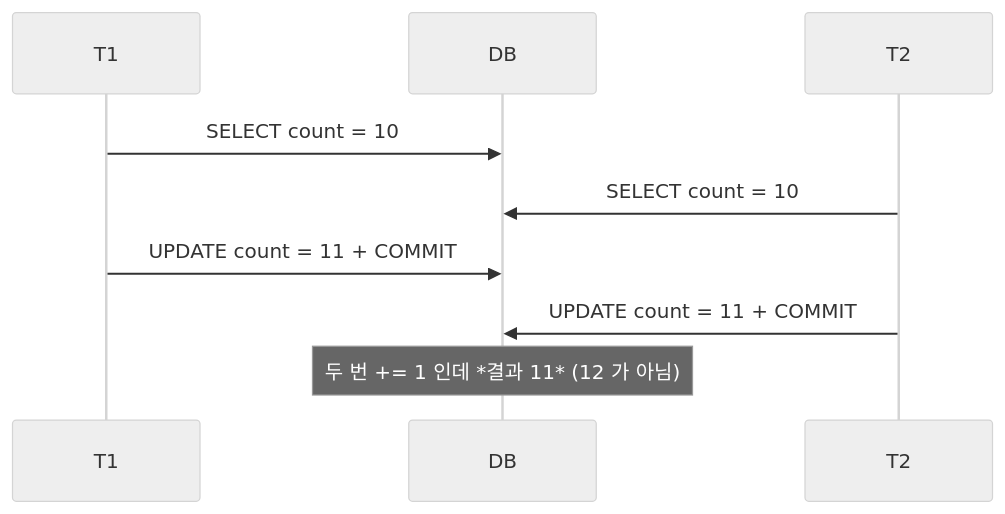
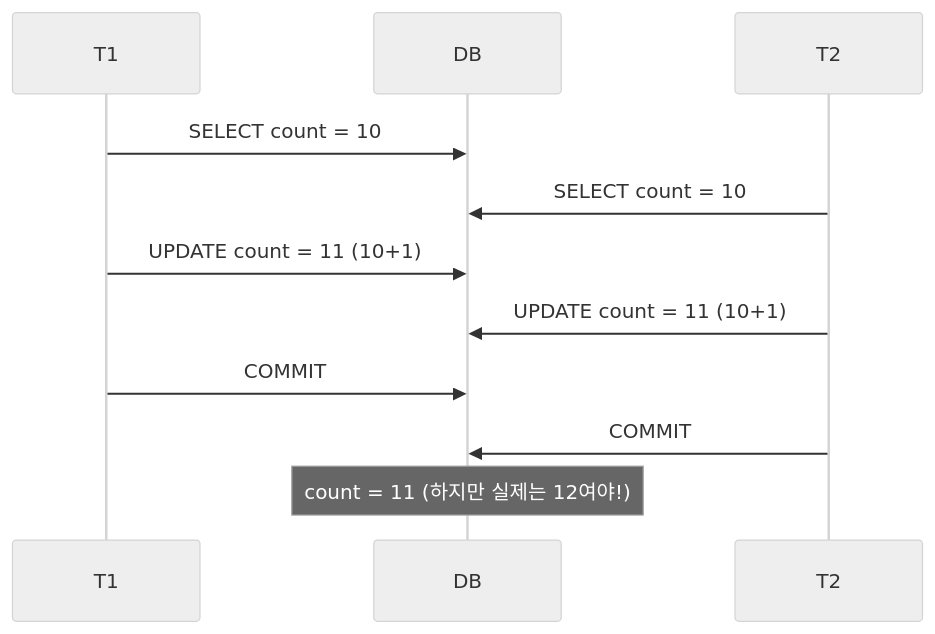
One commit to shinkeonkim/shinkeonkim.github.io changed the first of 2 diagrams in src/content/wiki/database-internals/transaction-isolation-levels.mdx. Above: the diagram before and after it, drawn with Mermaid (neutral theme). The commit also changed other lines of this file, not shown here.

````diff
--- a/src/content/wiki/database-internals/transaction-isolation-levels.mdx
+++ b/src/content/wiki/database-internals/transaction-isolation-levels.mdx
@@ -82,8 +199,13 @@
 ```mermaid
 sequenceDiagram
+    participant T1
+    participant DB
+    participant T2
     T1->>DB: SELECT count = 10
     T2->>DB: SELECT count = 10
-    T1->>DB: UPDATE count = 11 + COMMIT
-    T2->>DB: UPDATE count = 11 + COMMIT
-    Note over DB: 두 번 += 1 인데 *결과 11* (12 가 아님)
+    T1->>DB: UPDATE count = 11 (10+1)
+    T2->>DB: UPDATE count = 11 (10+1)
+    T1->>DB: COMMIT
+    T2->>DB: COMMIT
+    Note over DB: count = 11 (하지만 실제는 12여야!)
 ```
````
